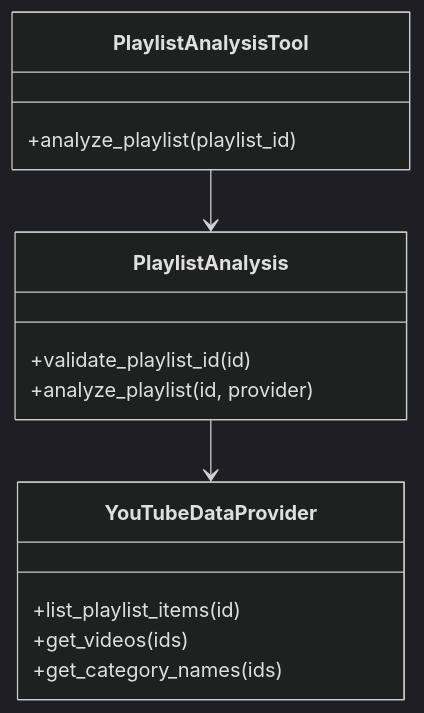
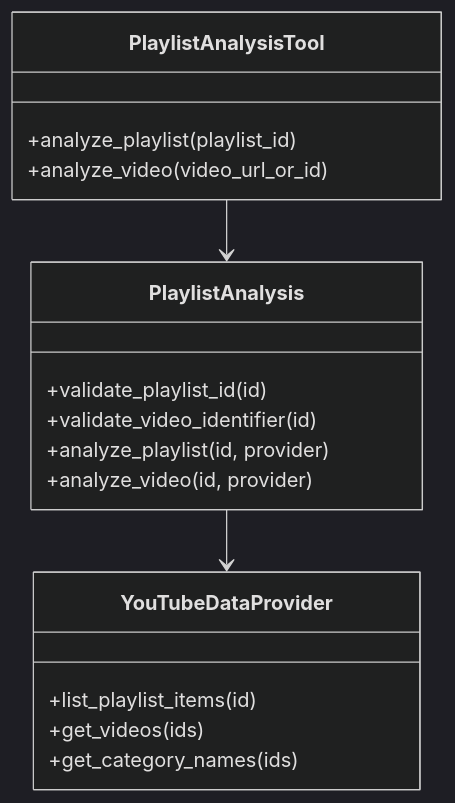
One commit to Tharunqi/Yt_MCP changed the second of 3 diagrams in brain/tharun/projects/fr7-playlist-analysis.md. Above: the diagram before and after it, drawn with Mermaid (dark theme). The commit also changed other lines of this file and 18 other files, not shown here.

````diff
--- a/brain/tharun/projects/fr7-playlist-analysis.md
+++ b/brain/tharun/projects/fr7-playlist-analysis.md
@@ -48,17 +51,20 @@
 ```mermaid
 classDiagram
     class PlaylistAnalysisTool {
       +analyze_playlist(playlist_id)
+      +analyze_video(video_url_or_id)
     }
     class PlaylistAnalysis {
       +validate_playlist_id(id)
+      +validate_video_identifier(id)
       +analyze_playlist(id, provider)
+      +analyze_video(id, provider)
     }
     class YouTubeDataProvider {
       +list_playlist_items(id)
       +get_videos(ids)
       +get_category_names(ids)
     }
     PlaylistAnalysisTool --> PlaylistAnalysis
     PlaylistAnalysis --> YouTubeDataProvider
 ```
````
